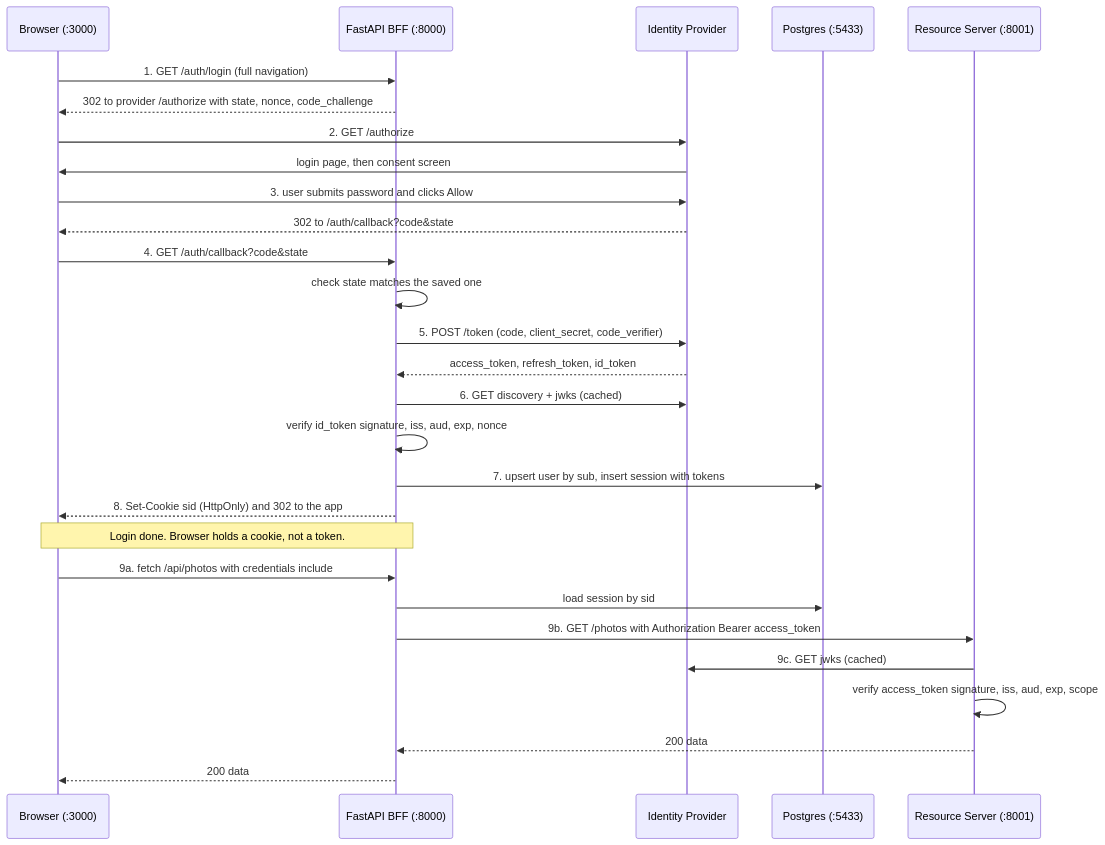
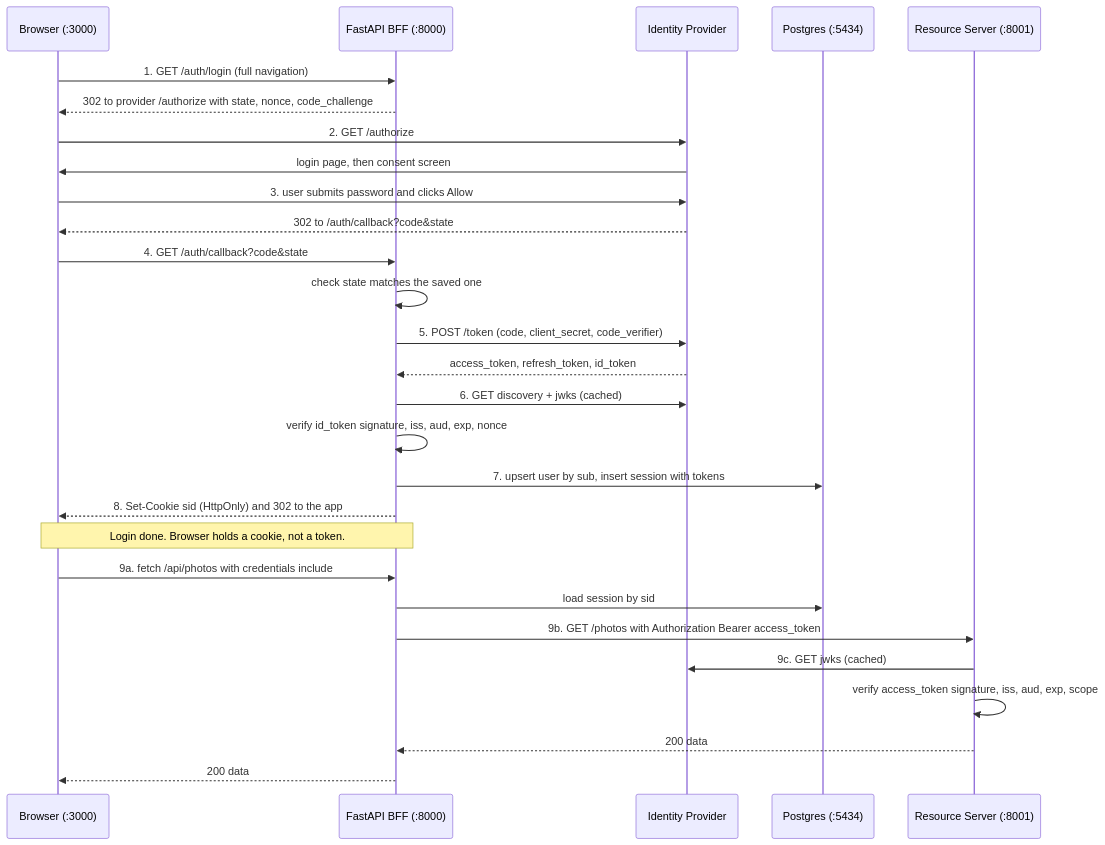
The diagram in WORKFLOW.md (raish7/oauth-oidc-lab), drawn with Mermaid before and after one commit. The commit also changed other lines of this file and 32 other files, not shown here.

````diff
--- a/WORKFLOW.md
+++ b/WORKFLOW.md
@@ -302,31 +302,31 @@
 ```mermaid
 sequenceDiagram
     participant B as Browser (:3000)
     participant F as FastAPI BFF (:8000)
     participant P as Identity Provider
-    participant D as Postgres (:5433)
+    participant D as Postgres (:5434)
     participant R as Resource Server (:8001)
 
     B->>F: 1. GET /auth/login (full navigation)
     F-->>B: 302 to provider /authorize with state, nonce, code_challenge
     B->>P: 2. GET /authorize
     P->>B: login page, then consent screen
     B->>P: 3. user submits password and clicks Allow
     P-->>B: 302 to /auth/callback?code&state
     B->>F: 4. GET /auth/callback?code&state
     F->>F: check state matches the saved one
     F->>P: 5. POST /token (code, client_secret, code_verifier)
     P-->>F: access_token, refresh_token, id_token
     F->>P: 6. GET discovery + jwks (cached)
     F->>F: verify id_token signature, iss, aud, exp, nonce
     F->>D: 7. upsert user by sub, insert session with tokens
     F-->>B: 8. Set-Cookie sid (HttpOnly) and 302 to the app
     Note over B,F: Login done. Browser holds a cookie, not a token.
     B->>F: 9a. fetch /api/photos with credentials include
     F->>D: load session by sid
     F->>R: 9b. GET /photos with Authorization Bearer access_token
     R->>P: 9c. GET jwks (cached)
     R->>R: verify access_token signature, iss, aud, exp, scope
     R-->>F: 200 data
     F-->>B: 200 data
 ```
````
